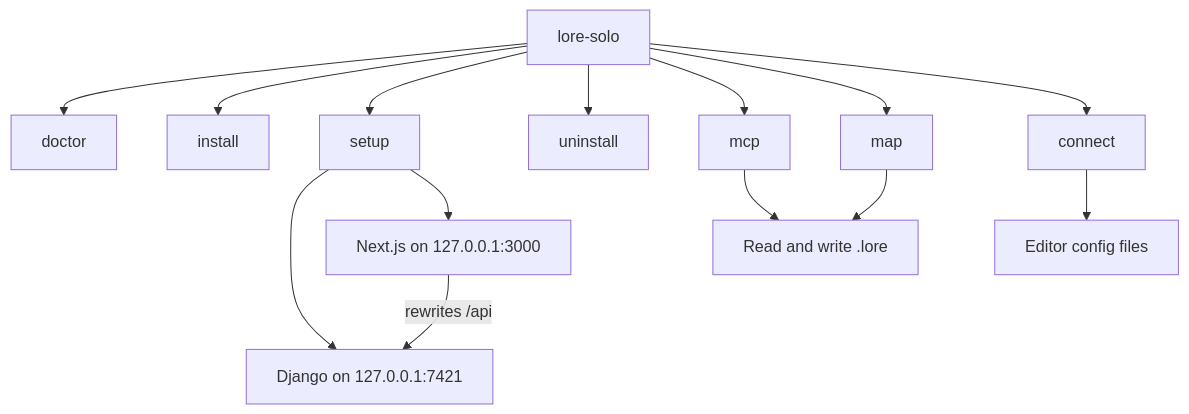
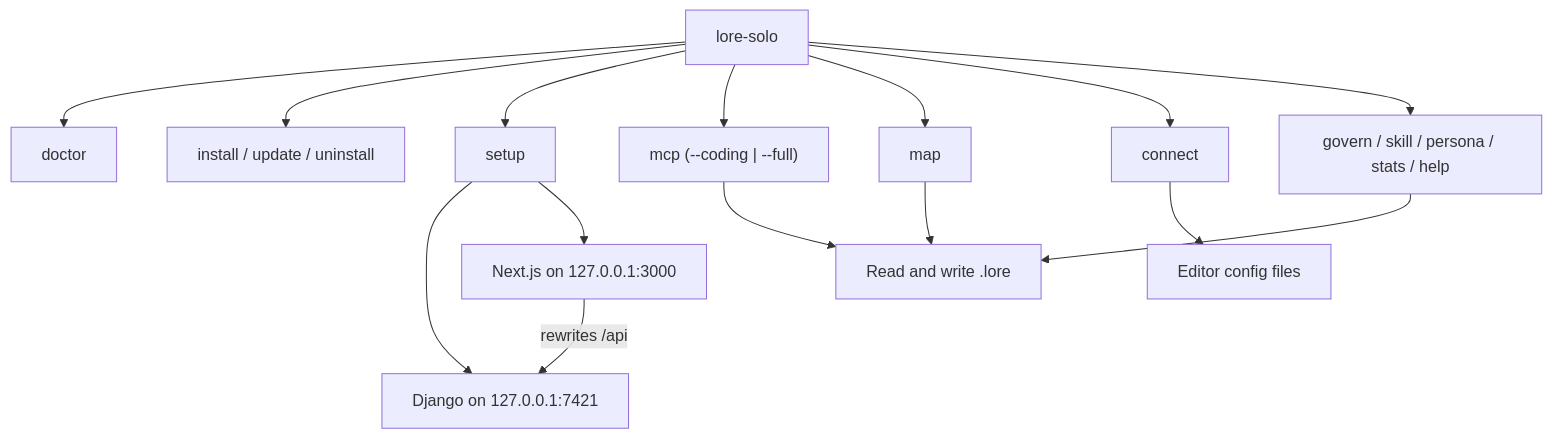
The second of 6 diagrams in docs/solo/HOW_IT_WORKS.md (starrynight-web/LORE), drawn with Mermaid before and after one commit. The commit also changed other lines of this file and 51 other files, not shown here.

````diff
--- a/docs/solo/HOW_IT_WORKS.md
+++ b/docs/solo/HOW_IT_WORKS.md
@@ -43,17 +47,18 @@
 ```mermaid
 flowchart TD
   entry["lore-solo"]
   entry --> doctor["doctor"]
-  entry --> install["install"]
+  entry --> install["install / update / uninstall"]
   entry --> setup["setup"]
-  entry --> uninstall["uninstall"]
-  entry --> mcp["mcp"]
+  entry --> mcp["mcp (--coding | --full)"]
   entry --> mapCmd["map"]
   entry --> connect["connect"]
+  entry --> cli["govern / skill / persona / stats / help"]
   setup --> django["Django on 127.0.0.1:7421"]
   setup --> next["Next.js on 127.0.0.1:3000"]
   next -->|"rewrites /api"| django
   mcp --> files["Read and write .lore"]
   mapCmd --> files
+  cli --> files
   connect --> editors["Editor config files"]
 ```
````
